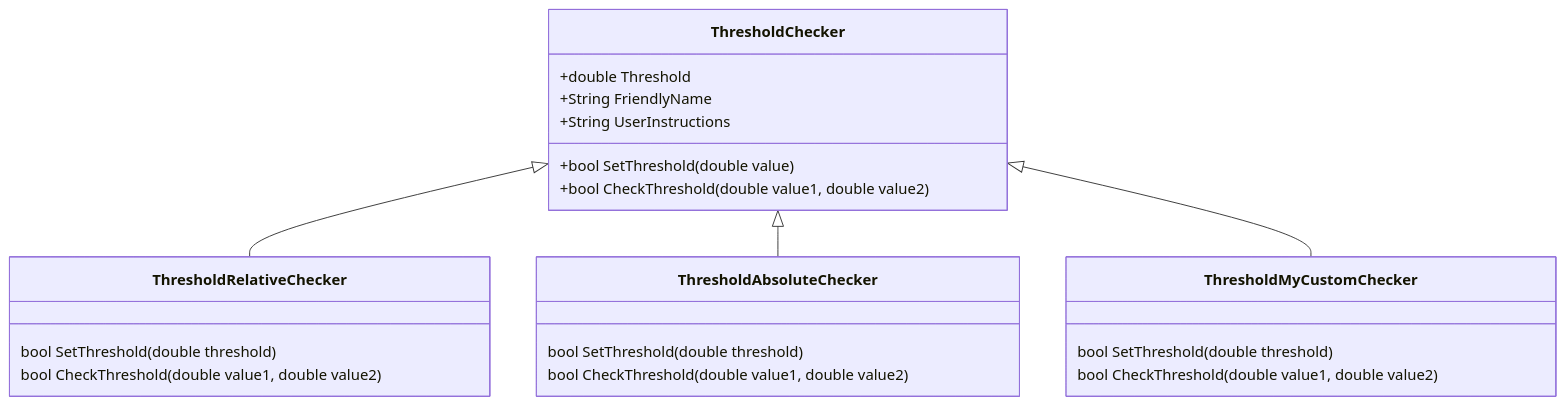
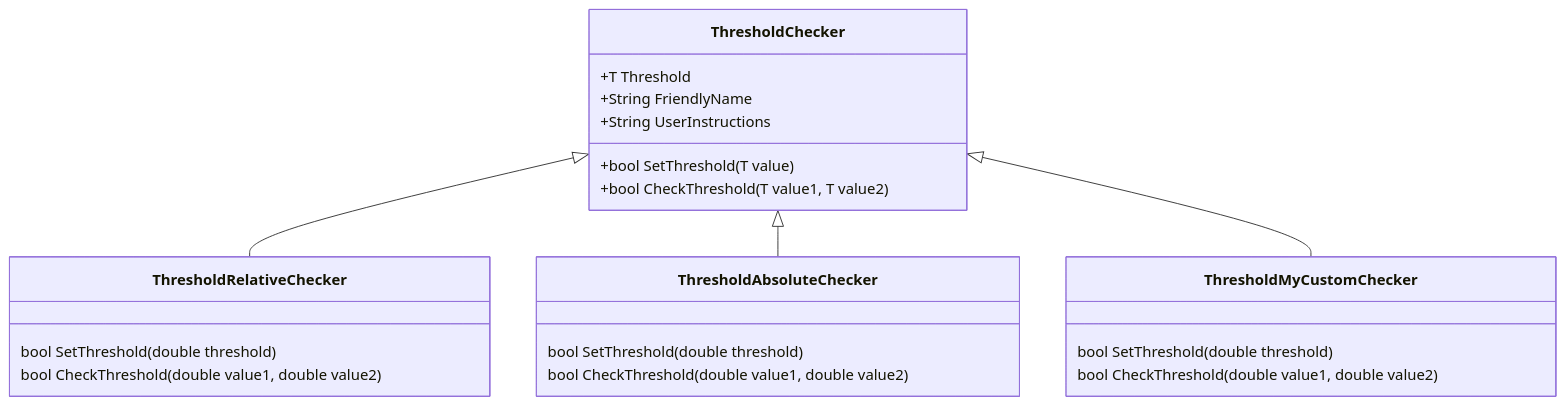
Before and after one commit to swabber/ThresholdYourKeyboard: the diagram in README.md, drawn with Mermaid. The commit also changed other lines of this file, not shown here.

````diff
--- a/README.md
+++ b/README.md
@@ -31,23 +31,23 @@
 ```mermaid
 classDiagram
     ThresholdChecker <|-- ThresholdRelativeChecker
     ThresholdChecker <|-- ThresholdAbsoluteChecker
     ThresholdChecker <|-- ThresholdMyCustomChecker
-    ThresholdChecker : +double Threshold
+    ThresholdChecker : +T Threshold
     ThresholdChecker : +String FriendlyName
     ThresholdChecker : +String UserInstructions
-    ThresholdChecker: +bool SetThreshold(double value)
-    ThresholdChecker: +bool CheckThreshold(double value1, double value2)
+    ThresholdChecker: +bool SetThreshold(T value)
+    ThresholdChecker: +bool CheckThreshold(T value1, T value2)
     class ThresholdRelativeChecker{
       bool SetThreshold(double threshold)
       bool CheckThreshold(double value1, double value2)
     }
     class ThresholdAbsoluteChecker{
       bool SetThreshold(double threshold)
       bool CheckThreshold(double value1, double value2)
     }
     class ThresholdMyCustomChecker{
       bool SetThreshold(double threshold)
       bool CheckThreshold(double value1, double value2)
     }
 ```
````
